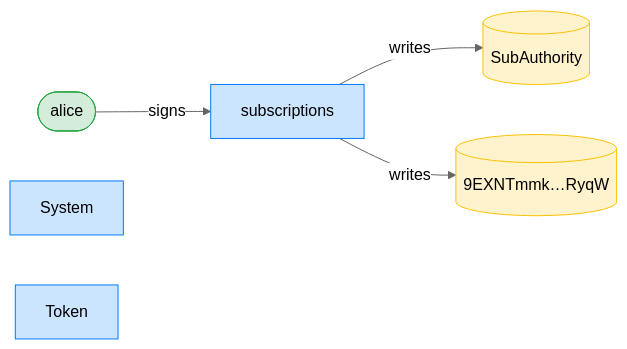
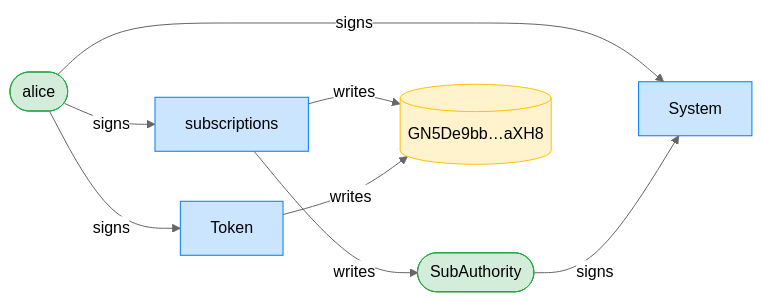
The third of 12 diagrams in dsl_tests/a-sponsor-can-revoke-an-expired-recurring-delegation.md (cds-rs/subscriptions), drawn with Mermaid (neutral theme) before and after one commit. The commit also changed other lines of this file and 224 other files, not shown here.

````diff
--- a/dsl_tests/a-sponsor-can-revoke-an-expired-recurring-delegation.md
+++ b/dsl_tests/a-sponsor-can-revoke-an-expired-recurring-delegation.md
@@ -53,15 +54,19 @@
 ```mermaid
 flowchart LR
     classDef signer fill:#d4edda,stroke:#28a745;
     classDef program fill:#cce5ff,stroke:#007bff;
     classDef writable fill:#fff3cd,stroke:#ffc107;
     subscriptions[subscriptions]:::program
     alice([alice]):::signer
-    SubAuthority[(SubAuthority)]:::writable
-    9EXNTmmk_RyqW[("9EXNTmmk…RyqW")]:::writable
+    SubAuthority([SubAuthority]):::signer
+    GN5De9bb_aXH8[("GN5De9bb…aXH8")]:::writable
     System[System]:::program
     Token[Token]:::program
     alice -->|signs| subscriptions
+    alice -->|signs| System
+    SubAuthority -->|signs| System
+    alice -->|signs| Token
     subscriptions -->|writes| SubAuthority
-    subscriptions -->|writes| 9EXNTmmk_RyqW
+    subscriptions -->|writes| GN5De9bb_aXH8
+    Token -->|writes| GN5De9bb_aXH8
 ```
````
